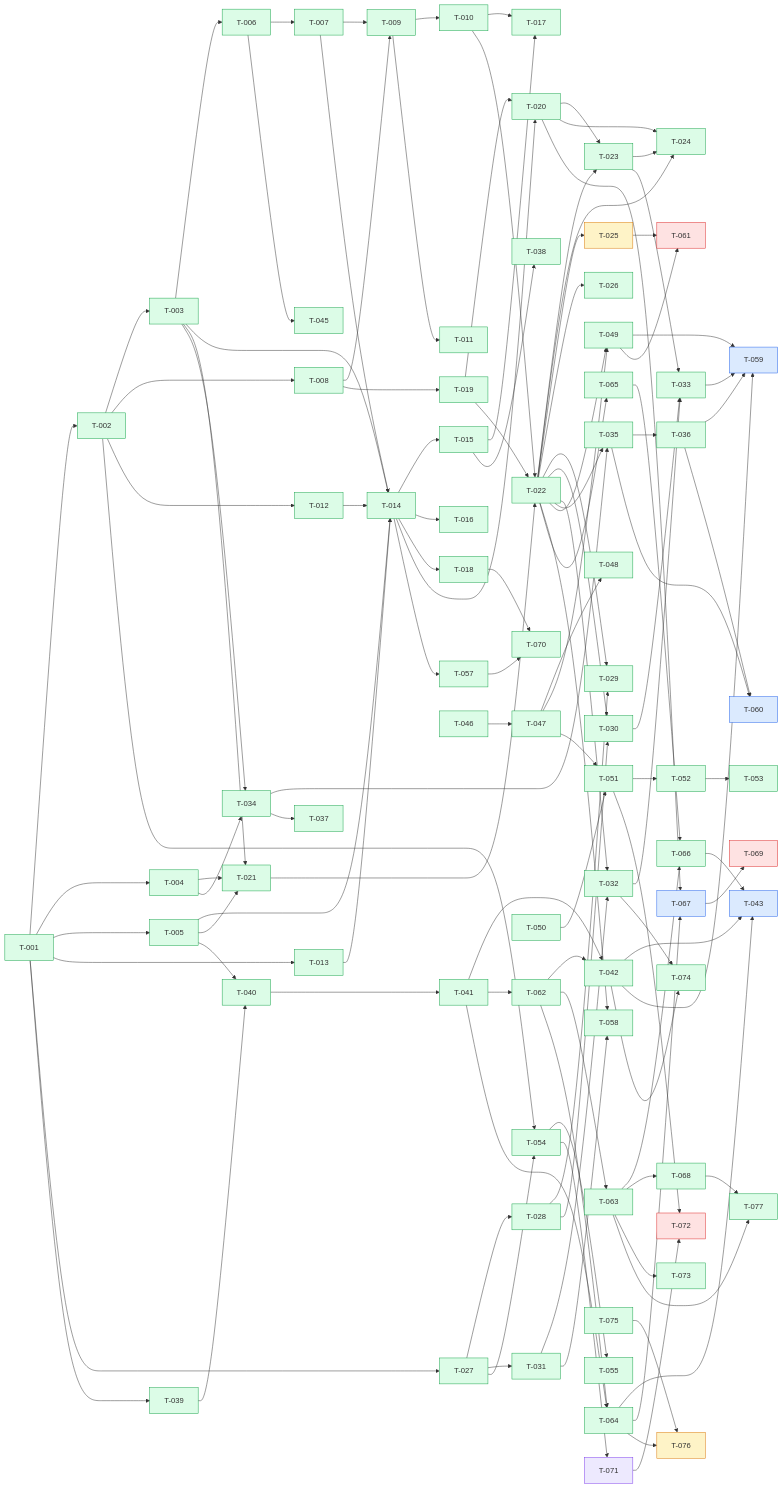
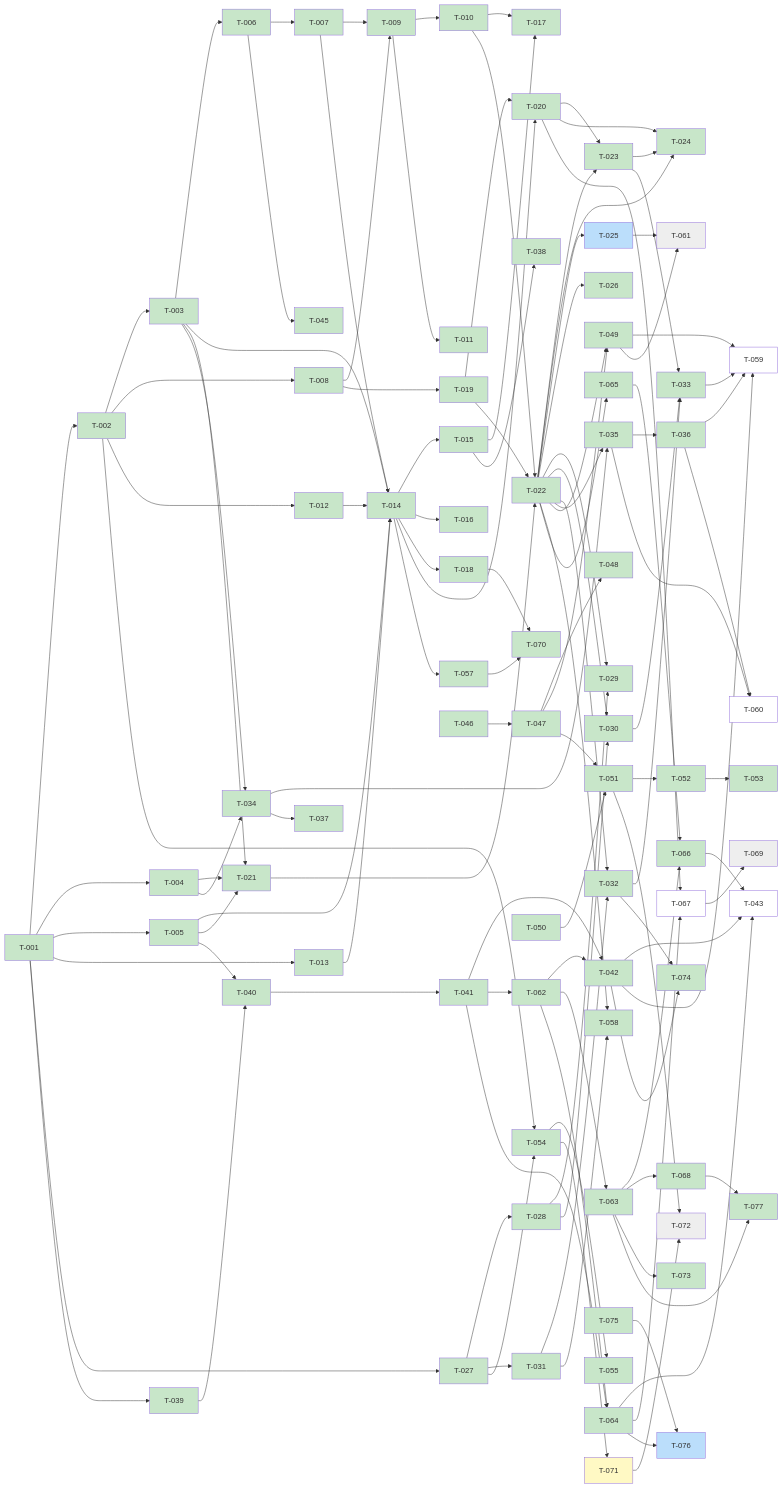
The diagram in kanban/BOARD.md (scholtz/biatec-chat), drawn with Mermaid before and after one commit. The commit also changed other lines of this file, not shown here.

Commit message:
kanban: sync board (merged tasks done, unblock dependants)

````diff
--- a/kanban/BOARD.md
+++ b/kanban/BOARD.md
@@ -237,98 +237,14 @@
   T075[T-075] --> T076[T-076]
   T063[T-063] --> T077[T-077]
   T068[T-068] --> T077[T-077]
-  classDef backlog fill:#dbeafe,stroke:#2563eb
-  classDef prog fill:#fef3c7,stroke:#d97706
-  classDef blocked fill:#fee2e2,stroke:#dc2626
-  classDef review fill:#ede9fe,stroke:#7c3aed
-  classDef done fill:#dcfce7,stroke:#16a34a
-  class T001 done
-  class T002 done
-  class T003 done
-  class T004 done
-  class T005 done
-  class T006 done
-  class T007 done
-  class T008 done
-  class T009 done
-  class T010 done
-  class T011 done
-  class T012 done
-  class T013 done
-  class T014 done
-  class T015 done
-  class T016 done
-  class T017 done
-  class T018 done
-  class T019 done
-  class T020 done
-  class T021 done
-  class T022 done
-  class T023 done
-  class T024 done
-  class T025 prog
-  class T026 done
-  class T027 done
-  class T028 done
-  class T029 done
-  class T030 done
-  class T031 done
-  class T032 done
-  class T033 done
-  class T034 done
-  class T035 done
-  class T036 done
-  class T037 done
-  class T038 done
-  class T039 done
-  class T040 done
-  class T041 done
-  class T042 done
-  class T043 backlog
-  class T044 done
-  class T045 done
-  class T046 done
-  class T047 done
-  class T048 done
-  class T049 done
-  class T050 done
-  class T051 done
-  class T052 done
-  class T053 done
-  class T054 done
-  class T055 done
-  class T056 done
-  class T057 done
-  class T058 done
-  class T059 backlog
-  class T060 backlog
-  class T061 blocked
-  class T062 done
-  class T063 done
-  class T064 done
-  class T065 done
-  class T066 done
-  class T067 backlog
-  class T068 done
-  class T069 blocked
-  class T070 done
+  classDef done fill:#c8e6c9
+  classDef review fill:#fff9c4
+  classDef inprogress fill:#bbdefb
+  classDef backlog fill:#ffffff
+  classDef blocked fill:#eeeeee
+  class T001,T002,T003,T004,T005,T006,T007,T008,T009,T010,T011,T012,T013,T014,T015,T016,T017,T018,T019,T020,T021,T022,T023,T024,T026,T027,T028,T029,T030,T031,T032,T033,T034,T035,T036,T037,T038,T039,T040,T041,T042,T044,T045,T046,T047,T048,T049,T050,T051,T052,T053,T054,T055,T056,T057,T058,T062,T063,T064,T065,T066,T068,T070,T073,T074,T075,T077 done
   class T071 review
-  class T072 blocked
-  class T073 done
-  class T074 done
-  class T075 done
-  class T076 prog
-  class T077 done
-  class T078 prog
-  class T079 backlog
-  class T080 prog
-  class T081 backlog
-  class T082 prog
-  class T083 backlog
-  class T084 prog
-  class T085 backlog
-  class T086 backlog
-  class T087 backlog
-  class T088 backlog
-
+  class T076,T078,T080,T082,T025,T084 inprogress
+  class T059,T079,T043,T081,T083,T087,T088,T060,T067,T085,T086 backlog
+  class T072,T061,T069 blocked
 ```
````
